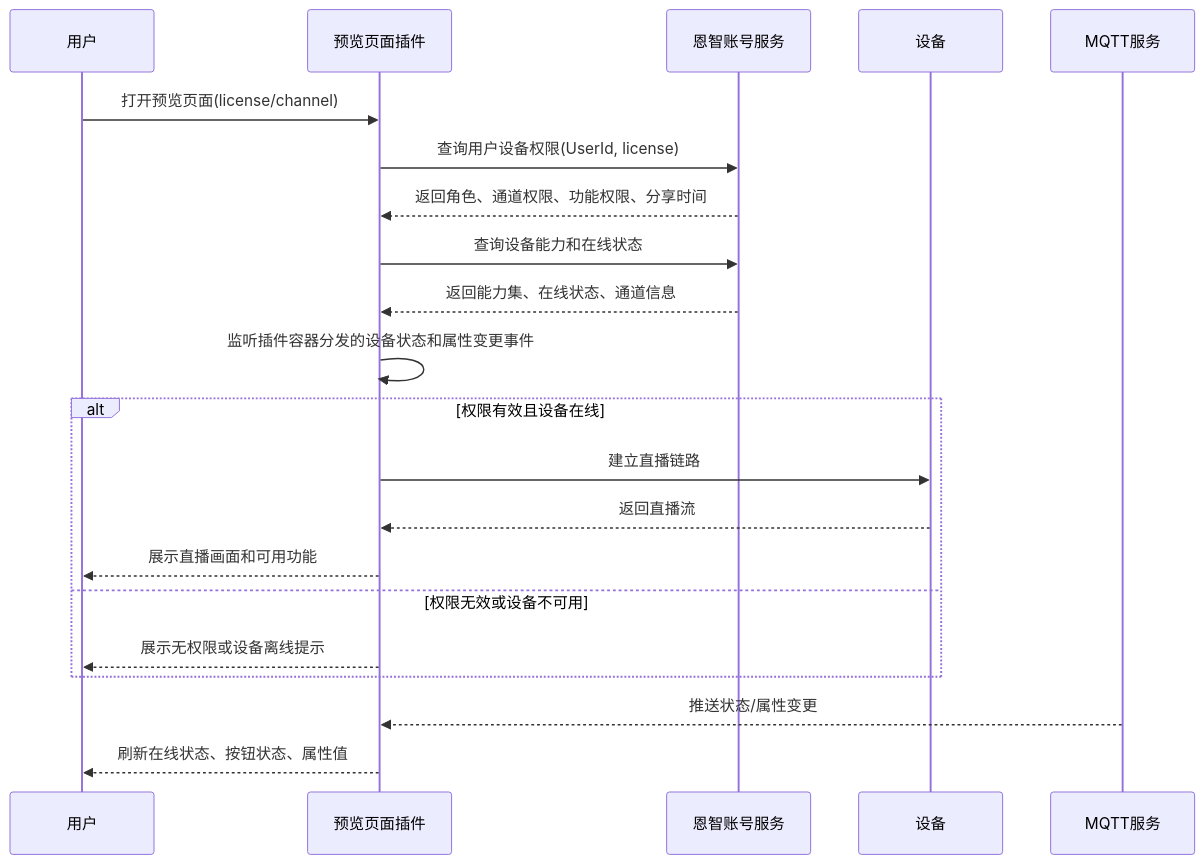
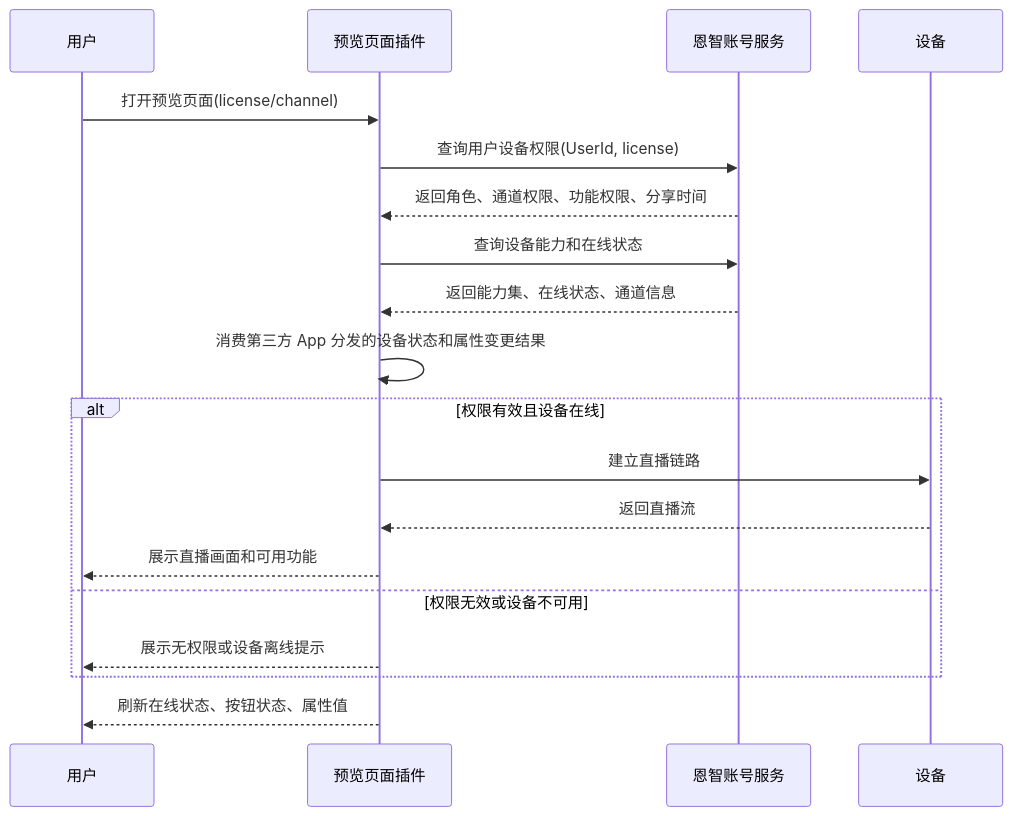
One commit to itmanlee/IoT-Device-Plugin-Framework changed the tenth of 13 diagrams in App端物联网设备模块插件化开发方案.md. Above: the diagram before and after it, drawn with Mermaid. The commit also changed other lines of this file, not shown here.

````diff
--- a/App端物联网设备模块插件化开发方案.md
+++ b/App端物联网设备模块插件化开发方案.md
@@ -316,24 +317,22 @@
 ```mermaid
 sequenceDiagram
     participant User as 用户
     participant Plugin as 预览页面插件
     participant EZ as 恩智账号服务
     participant Device as 设备
-    participant MQTT as MQTT服务
 
     User->>Plugin: 打开预览页面(license/channel)
     Plugin->>EZ: 查询用户设备权限(UserId, license)
     EZ-->>Plugin: 返回角色、通道权限、功能权限、分享时间
     Plugin->>EZ: 查询设备能力和在线状态
     EZ-->>Plugin: 返回能力集、在线状态、通道信息
-    Plugin->>Plugin: 监听插件容器分发的设备状态和属性变更事件
+    Plugin->>Plugin: 消费第三方 App 分发的设备状态和属性变更结果
     alt 权限有效且设备在线
         Plugin->>Device: 建立直播链路
         Device-->>Plugin: 返回直播流
         Plugin-->>User: 展示直播画面和可用功能
     else 权限无效或设备不可用
         Plugin-->>User: 展示无权限或设备离线提示
     end
-    MQTT-->>Plugin: 推送状态/属性变更
     Plugin-->>User: 刷新在线状态、按钮状态、属性值
 ```
````
